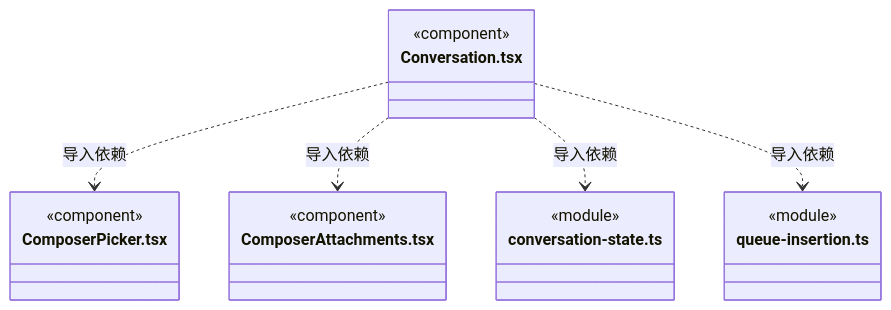
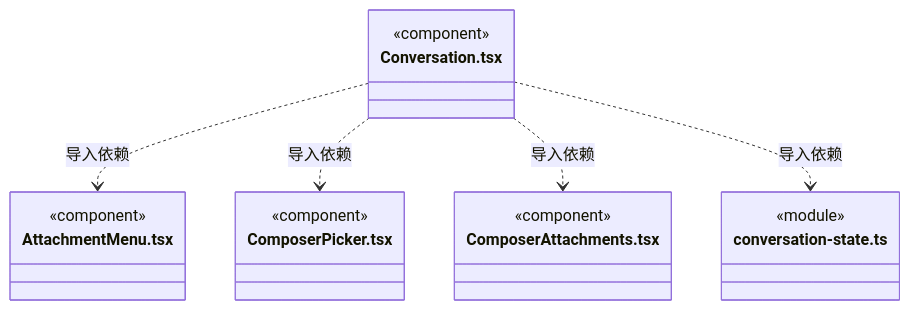
Before and after one commit to nan023062/cbim: diagram 53 of 60 in src/frontend/conversation/ARCHITECTURE.md, drawn with Mermaid. The commit also changed other lines of this file and 22 other files, not shown here.

````diff
--- a/src/frontend/conversation/ARCHITECTURE.md
+++ b/src/frontend/conversation/ARCHITECTURE.md
@@ -727,22 +791,22 @@
 ```mermaid
 classDiagram
 class N_src_frontend_conversation_Conversation_tsx["Conversation.tsx"] {
+  <<component>>
+}
+class N_src_frontend_conversation_AttachmentMenu_tsx["AttachmentMenu.tsx"] {
   <<component>>
 }
 class N_src_frontend_conversation_ComposerPicker_tsx["ComposerPicker.tsx"] {
   <<component>>
 }
 class N_src_frontend_conversation_ComposerAttachments_tsx["ComposerAttachments.tsx"] {
   <<component>>
 }
 class N_src_frontend_conversation_conversation_state_ts["conversation-state.ts"] {
   <<module>>
 }
-class N_src_frontend_conversation_queue_insertion_ts["queue-insertion.ts"] {
-  <<module>>
-}
+N_src_frontend_conversation_Conversation_tsx ..> N_src_frontend_conversation_AttachmentMenu_tsx : 导入依赖
 N_src_frontend_conversation_Conversation_tsx ..> N_src_frontend_conversation_ComposerPicker_tsx : 导入依赖
 N_src_frontend_conversation_Conversation_tsx ..> N_src_frontend_conversation_ComposerAttachments_tsx : 导入依赖
 N_src_frontend_conversation_Conversation_tsx ..> N_src_frontend_conversation_conversation_state_ts : 导入依赖
-N_src_frontend_conversation_Conversation_tsx ..> N_src_frontend_conversation_queue_insertion_ts : 导入依赖
 ```
````
